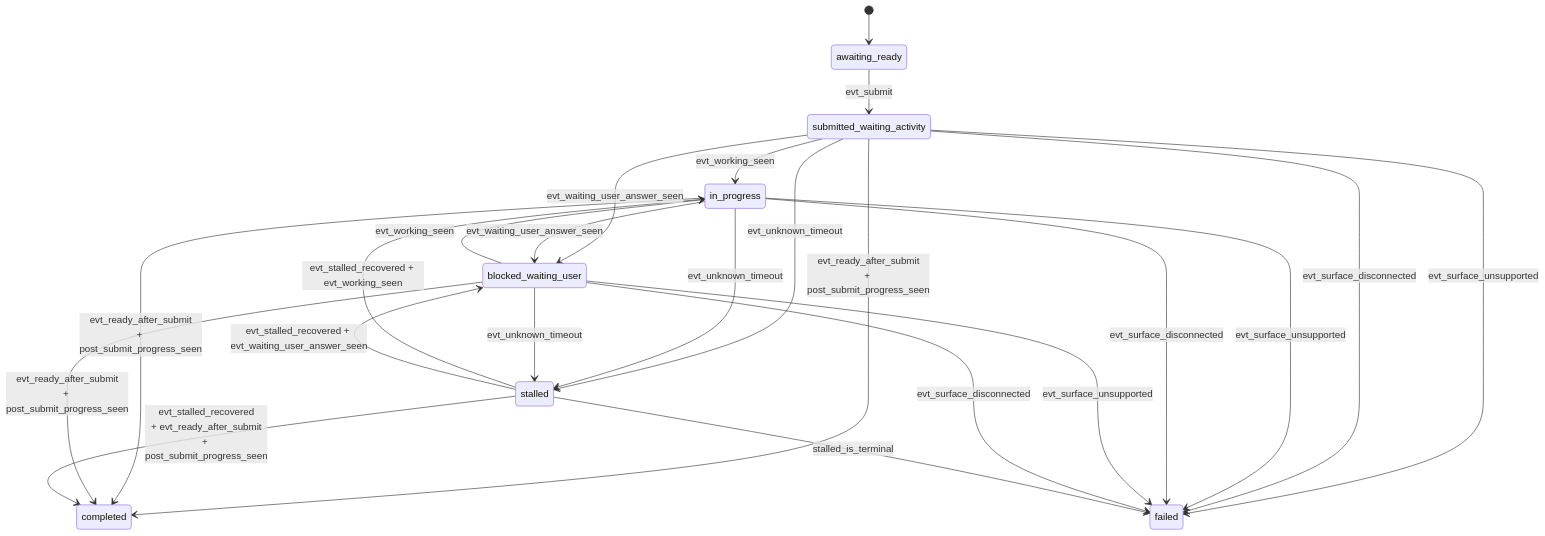
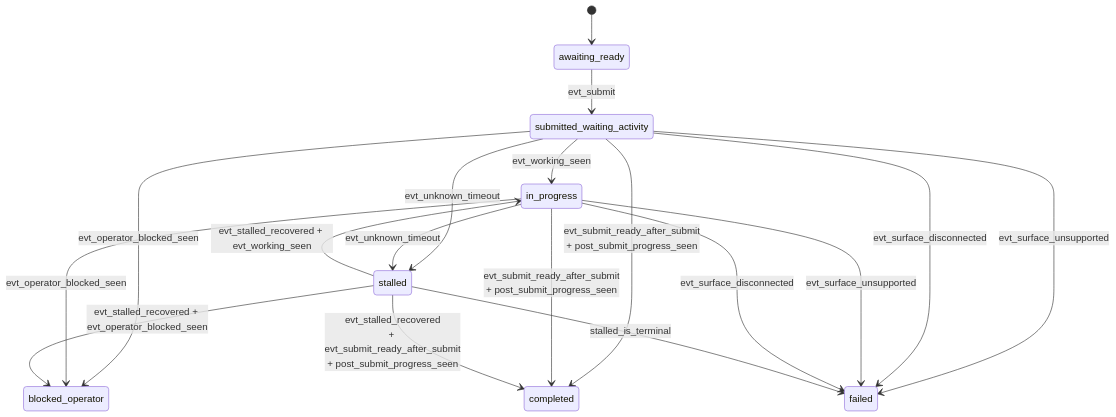
The diagram in docs/developer/tui-parsing/runtime-lifecycle.md (igamenovoer/houmao), drawn with Mermaid before and after one commit. The commit also changed other lines of this file and 47 other files, not shown here.

````diff
--- a/docs/developer/tui-parsing/runtime-lifecycle.md
+++ b/docs/developer/tui-parsing/runtime-lifecycle.md
@@ -18,37 +18,31 @@
 ```mermaid
 stateDiagram-v2
     [*] --> AwaitingReady
     state "awaiting_ready" as AwaitingReady
     state "submitted_waiting_activity" as SubmittedWaitingActivity
     state "in_progress" as InProgress
-    state "blocked_waiting_user" as BlockedWaitingUser
+    state "blocked_operator" as BlockedOperator
     state "stalled" as Stalled
     state "completed" as Completed
     state "failed" as Failed
 
     AwaitingReady --> SubmittedWaitingActivity: evt_submit
 
     SubmittedWaitingActivity --> InProgress: evt_working_seen
-    SubmittedWaitingActivity --> BlockedWaitingUser: evt_waiting_user_answer_seen
-    SubmittedWaitingActivity --> Completed: evt_ready_after_submit<br/>+ post_submit_progress_seen
+    SubmittedWaitingActivity --> BlockedOperator: evt_operator_blocked_seen
+    SubmittedWaitingActivity --> Completed: evt_submit_ready_after_submit<br/>+ post_submit_progress_seen
     SubmittedWaitingActivity --> Stalled: evt_unknown_timeout
     SubmittedWaitingActivity --> Failed: evt_surface_unsupported
     SubmittedWaitingActivity --> Failed: evt_surface_disconnected
 
-    InProgress --> BlockedWaitingUser: evt_waiting_user_answer_seen
-    InProgress --> Completed: evt_ready_after_submit<br/>+ post_submit_progress_seen
+    InProgress --> BlockedOperator: evt_operator_blocked_seen
+    InProgress --> Completed: evt_submit_ready_after_submit<br/>+ post_submit_progress_seen
     InProgress --> Stalled: evt_unknown_timeout
     InProgress --> Failed: evt_surface_unsupported
     InProgress --> Failed: evt_surface_disconnected
 
-    BlockedWaitingUser --> InProgress: evt_working_seen
-    BlockedWaitingUser --> Completed: evt_ready_after_submit<br/>+ post_submit_progress_seen
-    BlockedWaitingUser --> Stalled: evt_unknown_timeout
-    BlockedWaitingUser --> Failed: evt_surface_unsupported
-    BlockedWaitingUser --> Failed: evt_surface_disconnected
-
     Stalled --> InProgress: evt_stalled_recovered + evt_working_seen
-    Stalled --> BlockedWaitingUser: evt_stalled_recovered + evt_waiting_user_answer_seen
-    Stalled --> Completed: evt_stalled_recovered<br/>+ evt_ready_after_submit<br/>+ post_submit_progress_seen
+    Stalled --> BlockedOperator: evt_stalled_recovered + evt_operator_blocked_seen
+    Stalled --> Completed: evt_stalled_recovered<br/>+ evt_submit_ready_after_submit<br/>+ post_submit_progress_seen
     Stalled --> Failed: stalled_is_terminal
 ```
````
